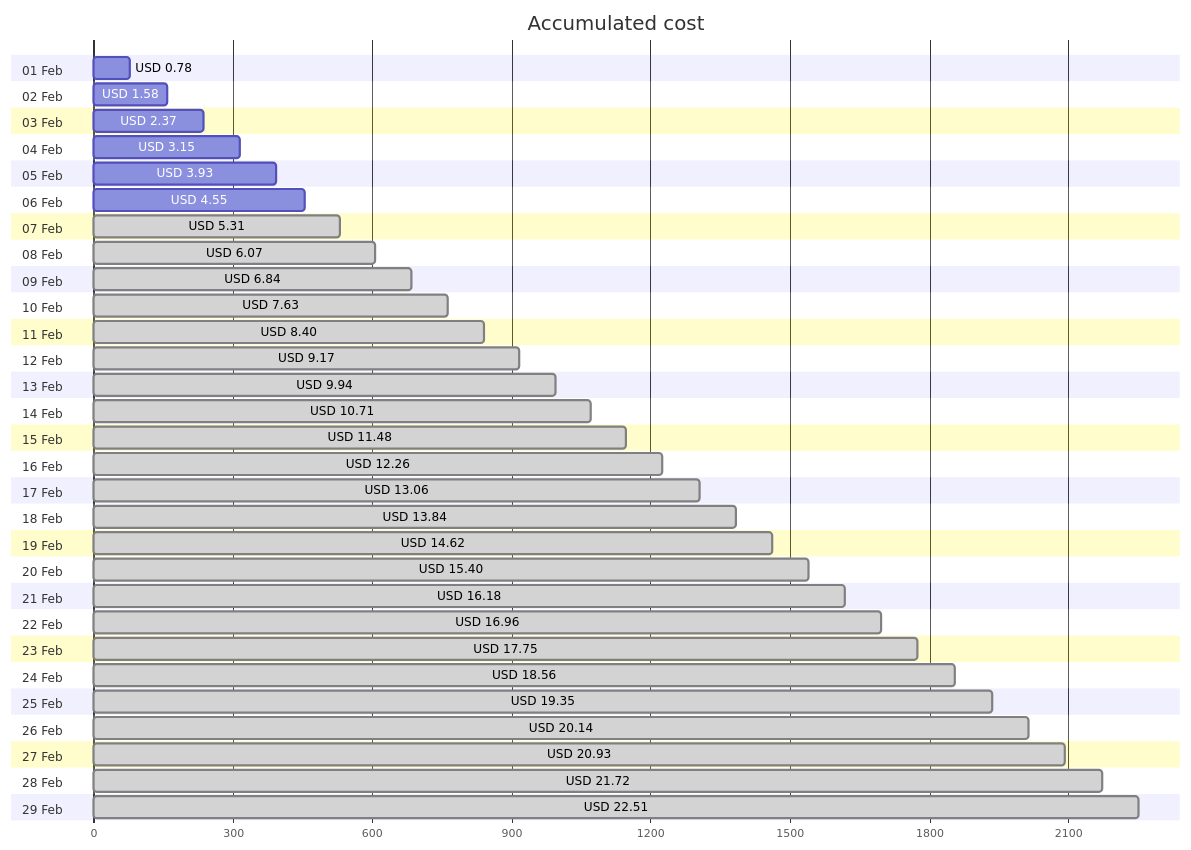
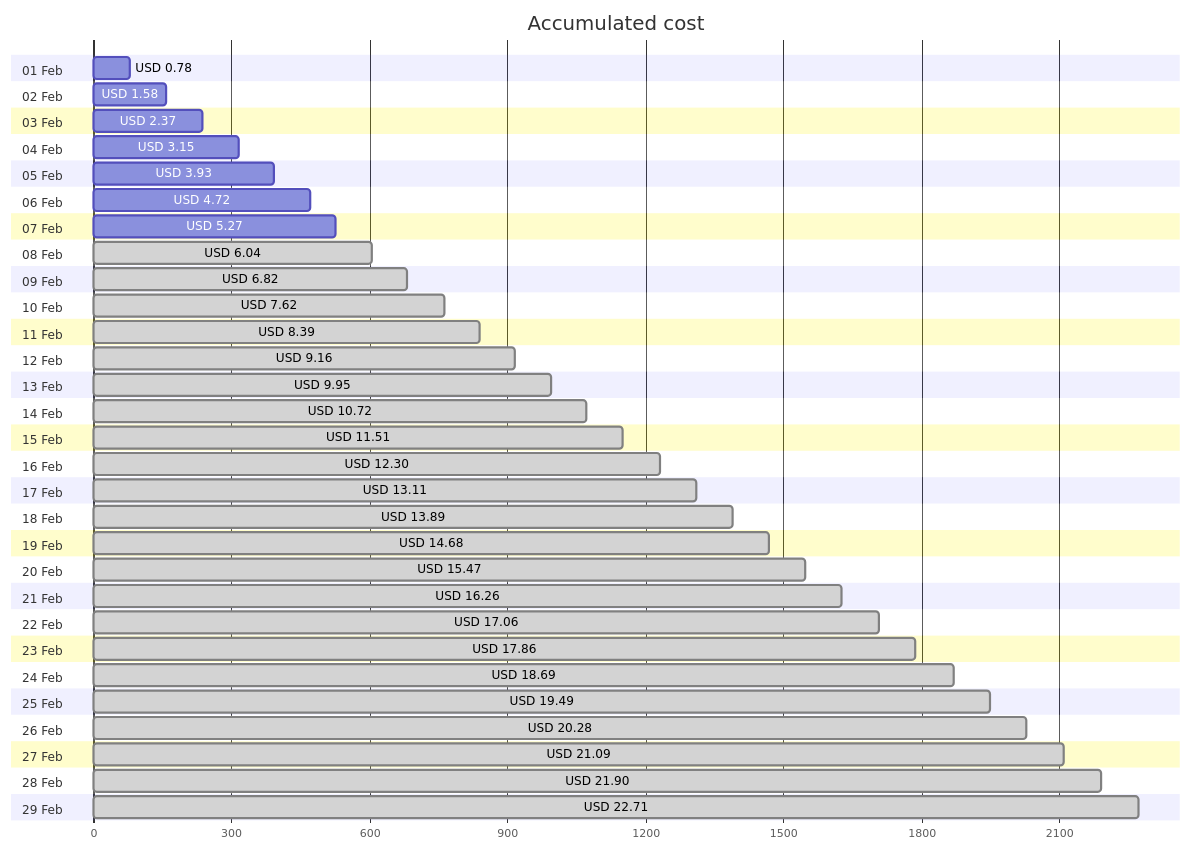
Before and after one commit to jpfulton/azure-personal-reports: the first of 4 diagrams in cost-reports/personal-network/backup-server-data-disk.md, drawn with Mermaid. The commit also changed other lines of this file and 7 other files, not shown here.

````diff
--- a/cost-reports/personal-network/backup-server-data-disk.md
+++ b/cost-reports/personal-network/backup-server-data-disk.md
@@ -20,64 +20,64 @@
 ```mermaid
 gantt
    title Accumulated cost
    dateFormat  X
    axisFormat %s
    section 01 Feb
    USD 0.78 :0, 78
    section 02 Feb
    USD 1.58 :0, 158
    section 03 Feb
    USD 2.37 :0, 237
    section 04 Feb
    USD 3.15 :0, 315
    section 05 Feb
    USD 3.93 :0, 393
    section 06 Feb
-   USD 4.55 :0, 455
+   USD 4.72 :0, 472
    section 07 Feb
-   USD 5.31 : done, 0, 531
+   USD 5.27 :0, 527
    section 08 Feb
-   USD 6.07 : done, 0, 607
+   USD 6.04 : done, 0, 604
    section 09 Feb
-   USD 6.84 : done, 0, 684
+   USD 6.82 : done, 0, 682
    section 10 Feb
-   USD 7.63 : done, 0, 763
+   USD 7.62 : done, 0, 762
    section 11 Feb
-   USD 8.40 : done, 0, 840
+   USD 8.39 : done, 0, 839
    section 12 Feb
-   USD 9.17 : done, 0, 917
+   USD 9.16 : done, 0, 916
    section 13 Feb
-   USD 9.94 : done, 0, 994
+   USD 9.95 : done, 0, 995
    section 14 Feb
-   USD 10.71 : done, 0, 1071
+   USD 10.72 : done, 0, 1072
    section 15 Feb
-   USD 11.48 : done, 0, 1148
+   USD 11.51 : done, 0, 1151
    section 16 Feb
-   USD 12.26 : done, 0, 1226
+   USD 12.30 : done, 0, 1230
    section 17 Feb
-   USD 13.06 : done, 0, 1306
+   USD 13.11 : done, 0, 1311
    section 18 Feb
-   USD 13.84 : done, 0, 1384
+   USD 13.89 : done, 0, 1389
    section 19 Feb
-   USD 14.62 : done, 0, 1462
+   USD 14.68 : done, 0, 1468
    section 20 Feb
-   USD 15.40 : done, 0, 1540
+   USD 15.47 : done, 0, 1547
    section 21 Feb
-   USD 16.18 : done, 0, 1618
+   USD 16.26 : done, 0, 1626
    section 22 Feb
-   USD 16.96 : done, 0, 1696
+   USD 17.06 : done, 0, 1706
    section 23 Feb
-   USD 17.75 : done, 0, 1775
+   USD 17.86 : done, 0, 1786
    section 24 Feb
-   USD 18.56 : done, 0, 1856
+   USD 18.69 : done, 0, 1869
    section 25 Feb
-   USD 19.35 : done, 0, 1935
+   USD 19.49 : done, 0, 1949
    section 26 Feb
-   USD 20.14 : done, 0, 2014
+   USD 20.28 : done, 0, 2028
    section 27 Feb
-   USD 20.93 : done, 0, 2093
+   USD 21.09 : done, 0, 2109
    section 28 Feb
-   USD 21.72 : done, 0, 2172
+   USD 21.90 : done, 0, 2190
    section 29 Feb
-   USD 22.51 : done, 0, 2251
+   USD 22.71 : done, 0, 2271
 ```
````
